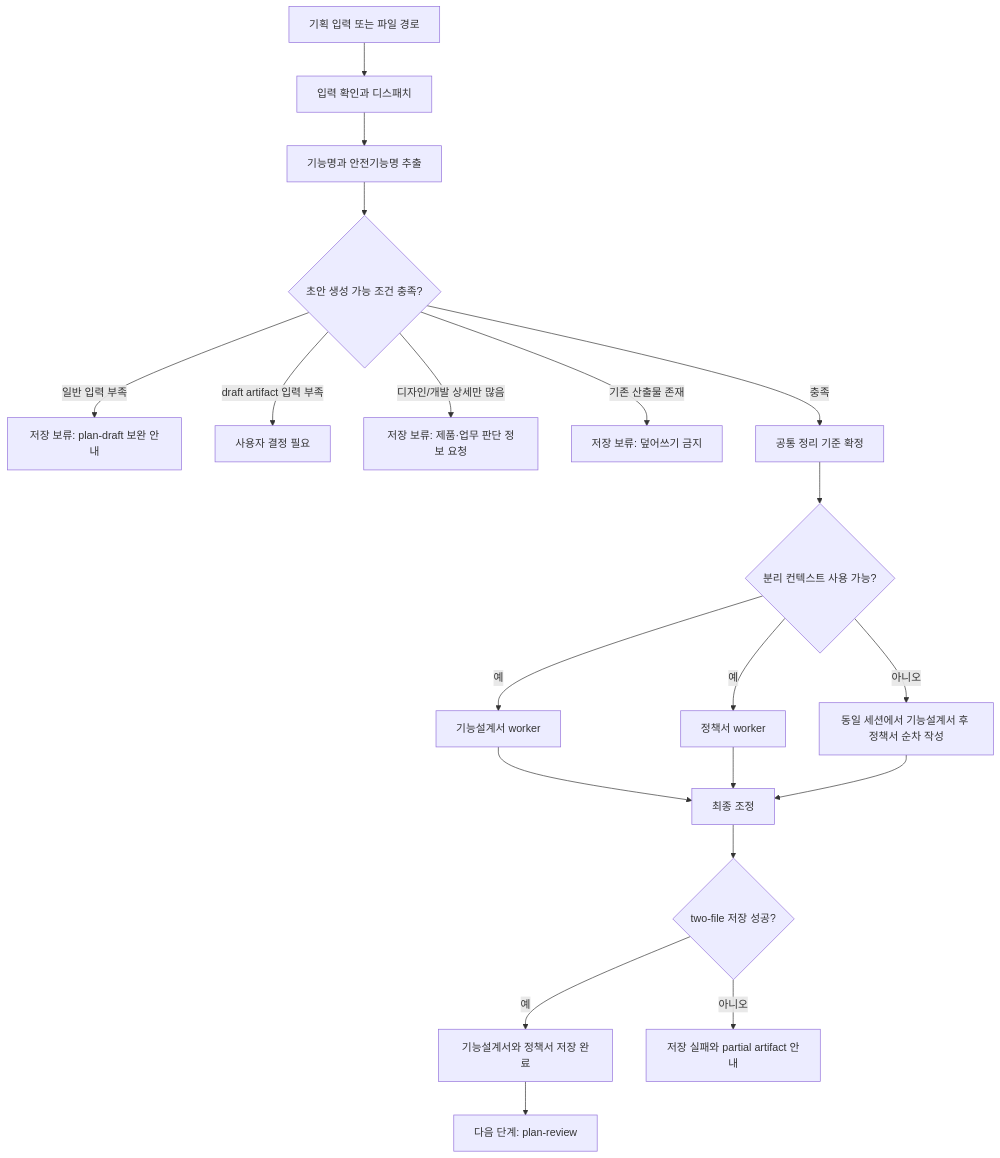
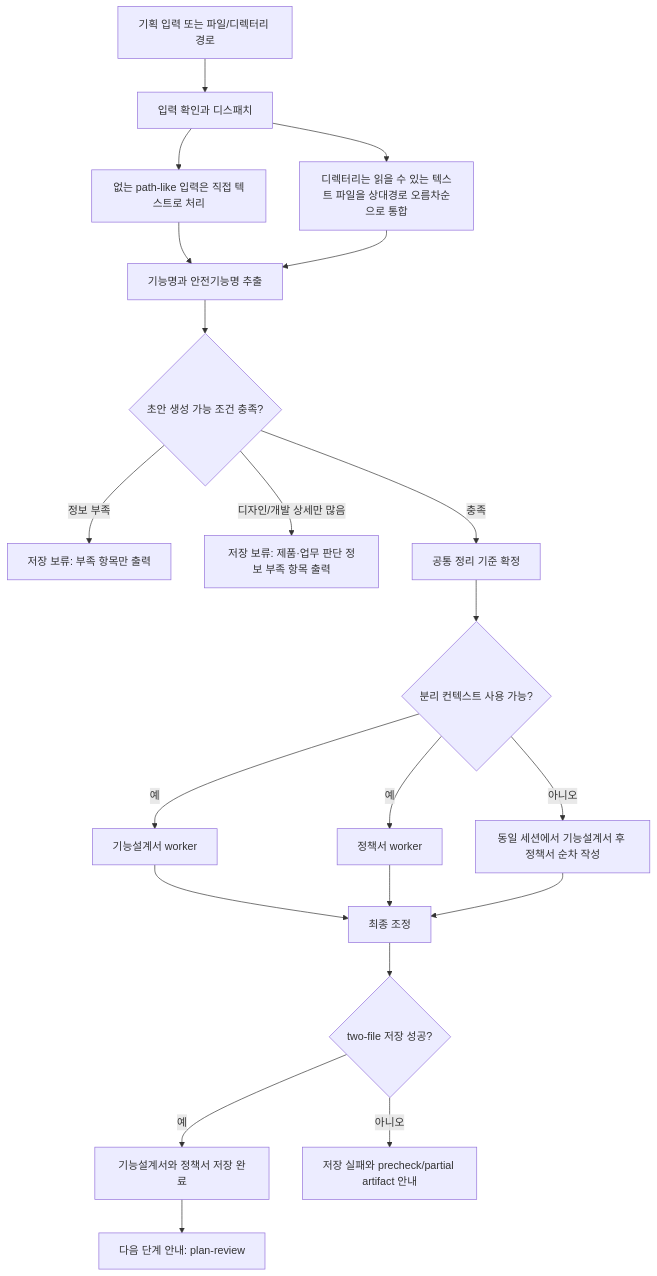
Before and after one commit to inkwonjung-colosseum/plugins: the second of 4 diagrams in product-team-kit/docs/skills-workflow.md, drawn with Mermaid. The commit also changed other lines of this file and 42 other files, not shown here.

````diff
--- a/product-team-kit/docs/skills-workflow.md
+++ b/product-team-kit/docs/skills-workflow.md
@@ -133,22 +64,23 @@
 ```mermaid
 flowchart TD
-    A[기획 입력 또는 파일 경로] --> B[입력 확인과 디스패치]
-    B --> C[기능명과 안전기능명 추출]
+    A[기획 입력 또는 파일/디렉터리 경로] --> B[입력 확인과 디스패치]
+    B --> B1[없는 path-like 입력은 직접 텍스트로 처리]
+    B --> B2[디렉터리는 읽을 수 있는 텍스트 파일을 상대경로 오름차순으로 통합]
+    B1 --> C[기능명과 안전기능명 추출]
+    B2 --> C
     C --> D{초안 생성 가능 조건 충족?}
-    D -- 일반 입력 부족 --> E[저장 보류: plan-draft 보완 안내]
-    D -- draft artifact 입력 부족 --> F[사용자 결정 필요]
-    D -- 디자인/개발 상세만 많음 --> G[저장 보류: 제품·업무 판단 정보 요청]
-    D -- 기존 산출물 존재 --> H[저장 보류: 덮어쓰기 금지]
-    D -- 충족 --> I[공통 정리 기준 확정]
-    I --> J{분리 컨텍스트 사용 가능?}
-    J -- 예 --> K[기능설계서 worker]
-    J -- 예 --> L[정책서 worker]
-    J -- 아니오 --> M[동일 세션에서 기능설계서 후 정책서 순차 작성]
-    K --> N[최종 조정]
-    L --> N
-    M --> N
-    N --> O{two-file 저장 성공?}
-    O -- 예 --> P[기능설계서와 정책서 저장 완료]
-    O -- 아니오 --> Q[저장 실패와 partial artifact 안내]
-    P --> R[다음 단계: plan-review]
+    D -- 정보 부족 --> E[저장 보류: 부족 항목만 출력]
+    D -- 디자인/개발 상세만 많음 --> F[저장 보류: 제품·업무 판단 정보 부족 항목 출력]
+    D -- 충족 --> H[공통 정리 기준 확정]
+    H --> I{분리 컨텍스트 사용 가능?}
+    I -- 예 --> J[기능설계서 worker]
+    I -- 예 --> K[정책서 worker]
+    I -- 아니오 --> L[동일 세션에서 기능설계서 후 정책서 순차 작성]
+    J --> M[최종 조정]
+    K --> M
+    L --> M
+    M --> N{two-file 저장 성공?}
+    N -- 예 --> O[기능설계서와 정책서 저장 완료]
+    N -- 아니오 --> P[저장 실패와 precheck/partial artifact 안내]
+    O --> Q[다음 단계 안내: plan-review]
 ```
````
